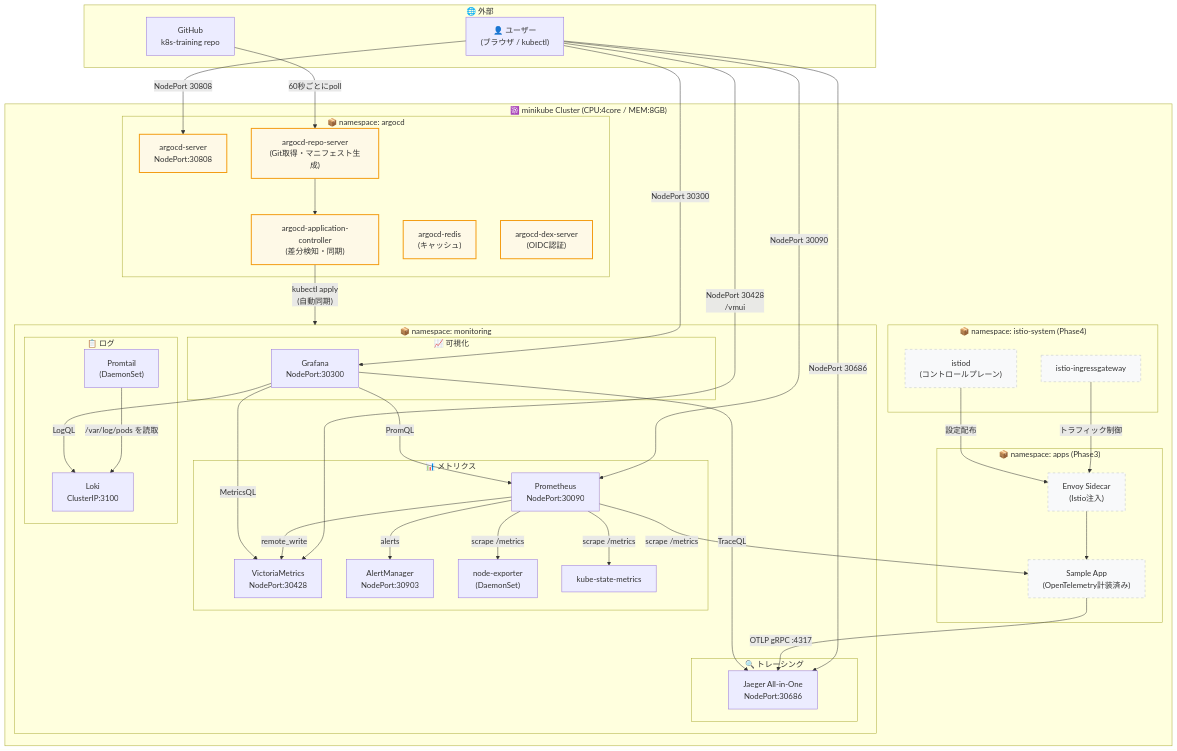
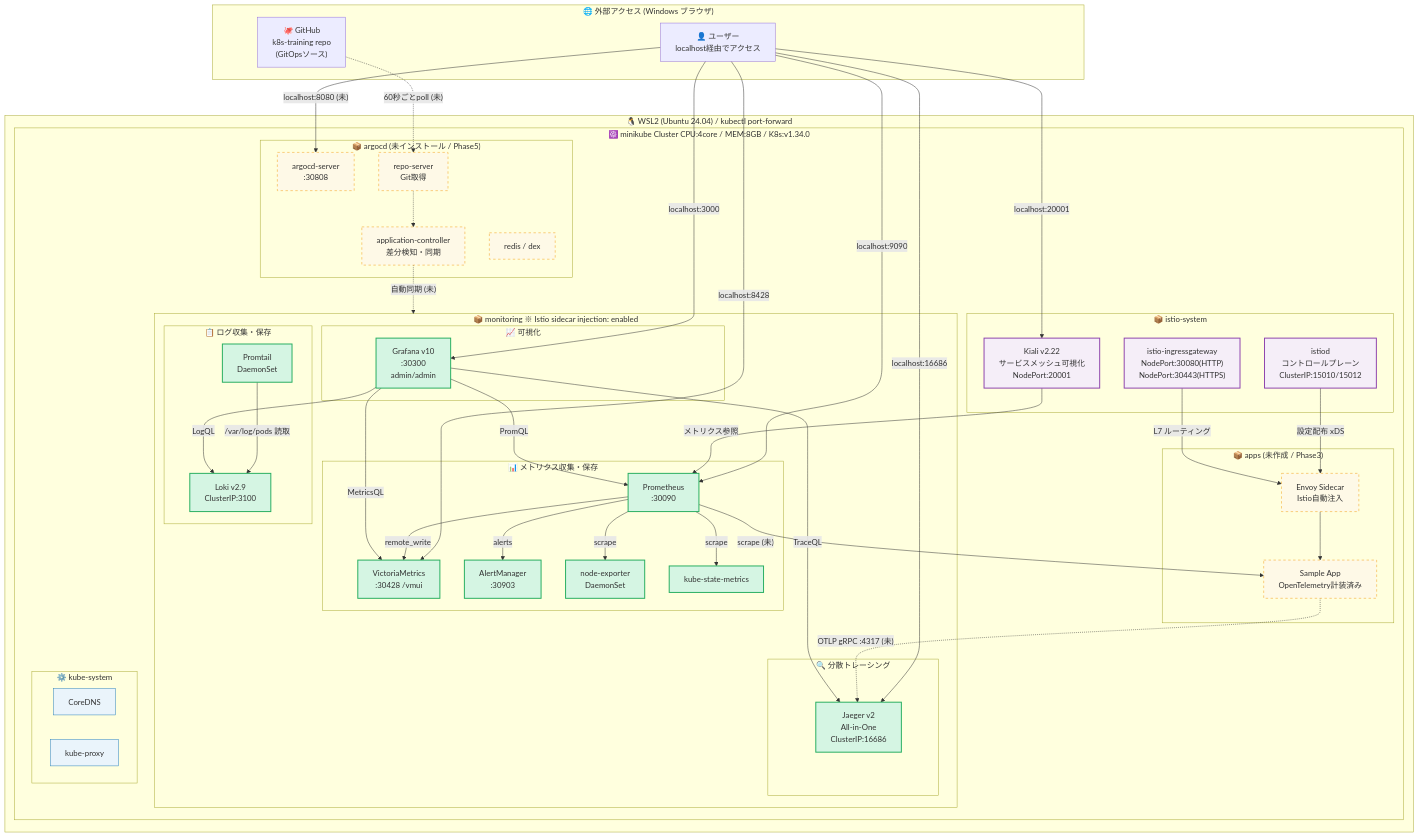
One commit to T-REX1970/k8s-training changed the first of 4 diagrams in docs/architecture.md. Above: the diagram before and after it, drawn with Mermaid. The commit also changed other lines of this file and 8 other files, not shown here.

First line of the commit message:
add Istio/Kiali helm values, install script, and chat UI sidebar

````diff
--- a/docs/architecture.md
+++ b/docs/architecture.md
@@ -5,86 +9,103 @@
 ```mermaid
 graph TB
     %% ===== 外部 =====
-    subgraph External["🌐 外部"]
-        User["👤 ユーザー<br/>(ブラウザ / kubectl)"]
-        GitHub["GitHub<br/>k8s-training repo"]
+    subgraph External["🌐 外部アクセス (Windows ブラウザ)"]
+        User["👤 ユーザー<br/>localhost経由でアクセス"]
+        GitHub["🐙 GitHub<br/>k8s-training repo<br/>(GitOpsソース)"]
     end
 
-    %% ===== minikube クラスター =====
-    subgraph Cluster["☸️ minikube Cluster (CPU:4core / MEM:8GB)"]
+    %% ===== WSL2 =====
+    subgraph WSL2["🐧 WSL2 (Ubuntu 24.04) / kubectl port-forward"]
 
-        %% argocd namespace
-        subgraph NS_ARGOCD["📦 namespace: argocd"]
-            ArgoServer["argocd-server<br/>NodePort:30808"]
-            ArgoRepo["argocd-repo-server<br/>(Git取得・マニフェスト生成)"]
-            ArgoCtrl["argocd-application-controller<br/>(差分検知・同期)"]
-            ArgoRedis["argocd-redis<br/>(キャッシュ)"]
-            ArgoDex["argocd-dex-server<br/>(OIDC認証)"]
-        end
+        %% ===== minikube クラスター =====
+        subgraph Cluster["☸️ minikube Cluster  CPU:4core / MEM:8GB / K8s:v1.34.0"]
 
-        %% monitoring namespace
-        subgraph NS_MONITORING["📦 namespace: monitoring"]
-
-            subgraph Metrics["📊 メトリクス"]
-                Prometheus["Prometheus<br/>NodePort:30090"]
-                VM["VictoriaMetrics<br/>NodePort:30428"]
-                AlertManager["AlertManager<br/>NodePort:30903"]
-                NodeExporter["node-exporter<br/>(DaemonSet)"]
-                KSM["kube-state-metrics"]
+            %% istio-system namespace
+            subgraph NS_ISTIO["📦 istio-system"]
+                Istiod["istiod<br/>コントロールプレーン<br/>ClusterIP:15010/15012"]
+                IGW["istio-ingressgateway<br/>NodePort:30080(HTTP)<br/>NodePort:30443(HTTPS)"]
+                Kiali["Kiali v2.22<br/>サービスメッシュ可視化<br/>NodePort:20001"]
             end
 
-            subgraph Logging["📋 ログ"]
-                Loki["Loki<br/>ClusterIP:3100"]
-                Promtail["Promtail<br/>(DaemonSet)"]
+            %% monitoring namespace
+            subgraph NS_MONITORING["📦 monitoring  ※ Istio sidecar injection: enabled"]
+
+                subgraph Metrics["📊 メトリクス収集・保存"]
+                    Prometheus["Prometheus<br/>:30090"]
+                    VM["VictoriaMetrics<br/>:30428 /vmui"]
+                    AlertManager["AlertManager<br/>:30903"]
+                    NodeExporter["node-exporter<br/>DaemonSet"]
+                    KSM["kube-state-metrics"]
+                end
+
+                subgraph Logging["📋 ログ収集・保存"]
+                    Loki["Loki v2.9<br/>ClusterIP:3100"]
+                    Promtail["Promtail<br/>DaemonSet"]
+                end
+
+                subgraph Tracing["🔍 分散トレーシング"]
+                    Jaeger["Jaeger v2<br/>All-in-One<br/>ClusterIP:16686"]
+                end
+
+                subgraph Viz["📈 可視化"]
+                    Grafana["Grafana v10<br/>:30300<br/>admin/admin"]
+                end
             end
 
-            subgraph Tracing["🔍 トレーシング"]
-                Jaeger["Jaeger All-in-One<br/>NodePort:30686"]
+            %% argocd namespace
+            subgraph NS_ARGOCD["📦 argocd  (未インストール / Phase5)"]
+                ArgoServer["argocd-server<br/>:30808"]
+                ArgoCtrl["application-controller<br/>差分検知・同期"]
+                ArgoRepo["repo-server<br/>Git取得"]
+                ArgoRedis["redis / dex"]
             end
 
-            subgraph Visualization["📈 可視化"]
-                Grafana["Grafana<br/>NodePort:30300"]
+            %% apps namespace
+            subgraph NS_APPS["📦 apps  (未作成 / Phase3)"]
+                App["Sample App<br/>OpenTelemetry計装済み"]
+                Sidecar["Envoy Sidecar<br/>Istio自動注入"]
             end
+
+            %% kube-system
+            subgraph NS_KUBE["⚙️ kube-system"]
+                CoreDNS["CoreDNS"]
+                KubeProxy["kube-proxy"]
+            end
+
         end
-
-        %% istio-system namespace (Phase4)
-        subgraph NS_ISTIO["📦 namespace: istio-system (Phase4)"]
-            Istiod["istiod<br/>(コントロールプレーン)"]
-            IGW["istio-ingressgateway"]
-        end
-
-        %% apps namespace (Phase3)
-        subgraph NS_APPS["📦 namespace: apps (Phase3)"]
-            App["Sample App<br/>(OpenTelemetry計装済み)"]
-            Sidecar["Envoy Sidecar<br/>(Istio注入)"]
-        end
-
     end
 
-    %% ===== ユーザーアクセス =====
-    User -->|"NodePort 30808"| ArgoServer
-    User -->|"NodePort 30300"| Grafana
-    User -->|"NodePort 30090"| Prometheus
-    User -->|"NodePort 30428<br/>/vmui"| VM
-    User -->|"NodePort 30686"| Jaeger
+    %% ===== ユーザーアクセス (port-forward経由) =====
+    User -->|"localhost:3000"| Grafana
+    User -->|"localhost:9090"| Prometheus
+    User -->|"localhost:8428"| VM
+    User -->|"localhost:16686"| Jaeger
+    User -->|"localhost:20001"| Kiali
+    User -->|"localhost:8080 (未)"| ArgoServer
 
     %% ===== GitOps フロー =====
-    GitHub -->|"60秒ごとにpoll"| ArgoRepo
-    ArgoRepo --> ArgoCtrl
-    ArgoCtrl -->|"kubectl apply<br/>(自動同期)"| NS_MONITORING
+    GitHub -.->|"60秒ごとpoll (未)"| ArgoRepo
+    ArgoRepo -.-> ArgoCtrl
+    ArgoCtrl -.->|"自動同期 (未)"| NS_MONITORING
+
+    %% ===== Istio サイドカー =====
+    Istiod -->|"設定配布 xDS"| Sidecar
+    IGW -->|"L7 ルーティング"| Sidecar
+    Sidecar --> App
+    Kiali -->|"メトリクス参照"| Prometheus
 
     %% ===== メトリクス収集フロー =====
     Prometheus -->|"remote_write"| VM
-    Prometheus -->|"scrape /metrics"| NodeExporter
-    Prometheus -->|"scrape /metrics"| KSM
-    Prometheus -->|"scrape /metrics"| App
+    Prometheus -->|"scrape"| NodeExporter
+    Prometheus -->|"scrape"| KSM
+    Prometheus -->|"scrape (未)"| App
     Prometheus -->|"alerts"| AlertManager
 
     %% ===== ログ収集フロー =====
-    Promtail -->|"/var/log/pods を読取"| Loki
+    Promtail -->|"/var/log/pods 読取"| Loki
 
     %% ===== トレース収集フロー =====
-    App -->|"OTLP gRPC :4317"| Jaeger
+    App -.->|"OTLP gRPC :4317 (未)"| Jaeger
 
     %% ===== Grafana クエリ =====
     Grafana -->|"PromQL"| Prometheus
@@ -92,18 +113,16 @@
     Grafana -->|"LogQL"| Loki
     Grafana -->|"TraceQL"| Jaeger
 
-    %% ===== Istio (Phase4) =====
-    IGW -->|"トラフィック制御"| Sidecar
-    Sidecar --> App
-    Istiod -->|"設定配布"| Sidecar
+    %% ===== スタイル =====
+    classDef running  fill:#d5f5e3,stroke:#27ae60,stroke-width:2px
+    classDef pending  fill:#fef9e7,stroke:#f39c12,stroke-width:1px,stroke-dasharray:5 5
+    classDef infra    fill:#eaf4fb,stroke:#2980b9,stroke-width:1px
+    classDef mesh     fill:#f5eef8,stroke:#8e44ad,stroke-width:2px
 
-    %% ===== スタイル =====
-    classDef namespace fill:#e8f4f8,stroke:#2980b9,stroke-width:2px
-    classDef component fill:#ffffff,stroke:#7f8c8d,stroke-width:1px
-    classDef gitops fill:#fef9e7,stroke:#f39c12,stroke-width:2px
-    classDef future fill:#f8f9fa,stroke:#bdc3c7,stroke-width:1px,stroke-dasharray:5 5
-
-    class ArgoServer,ArgoRepo,ArgoCtrl,ArgoRedis,ArgoDex gitops
-    class Istiod,IGW,Sidecar future
-    class App future
+    class Prometheus,VM,AlertManager,NodeExporter,KSM running
+    class Loki,Promtail,Jaeger,Grafana running
+    class Istiod,IGW,Kiali mesh
+    class ArgoServer,ArgoCtrl,ArgoRepo,ArgoRedis pending
+    class App,Sidecar pending
+    class CoreDNS,KubeProxy infra
 ```
````
